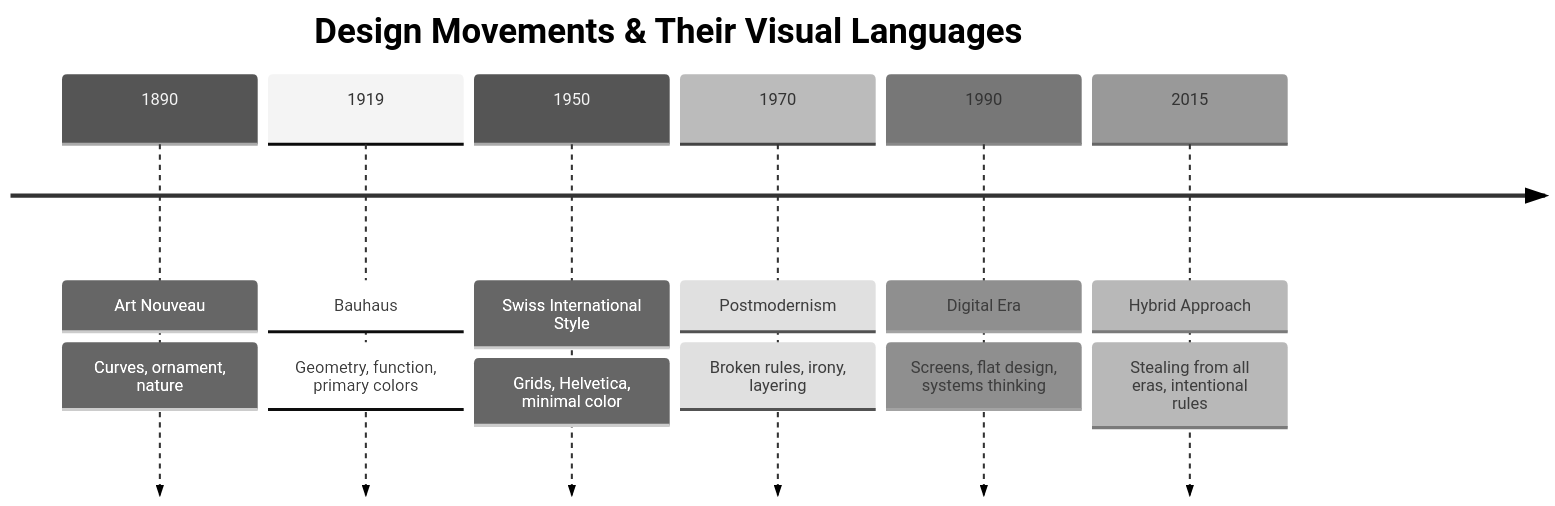
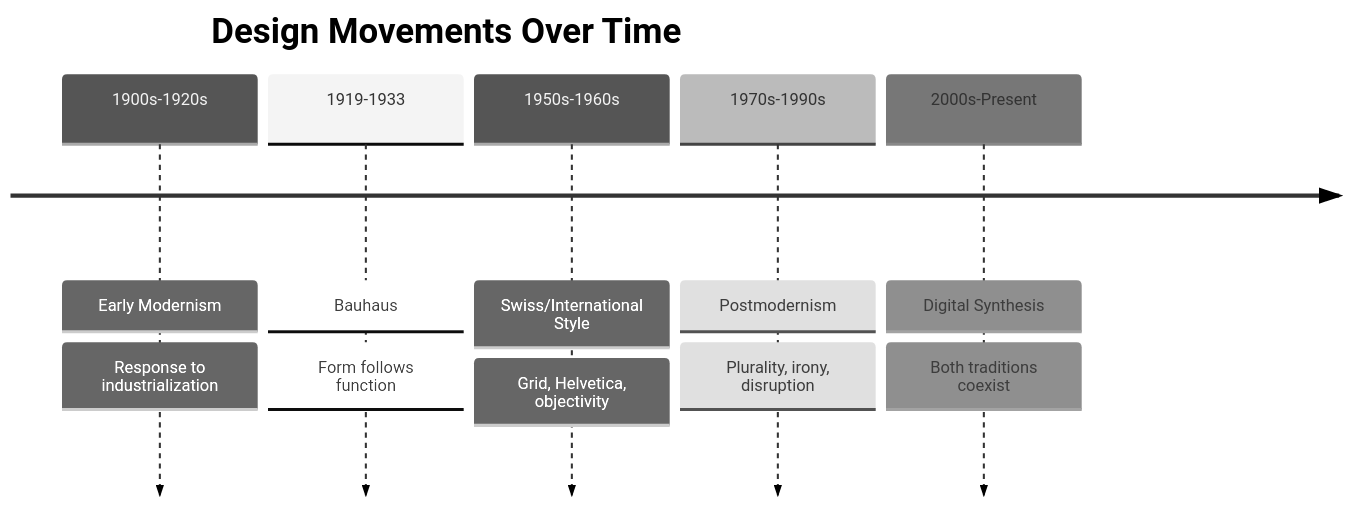
One commit to KonradSikorski5/is117_test_Konrad changed the diagram in book/03-design-language.md. Above: the diagram before and after it, drawn with Mermaid (neutral theme). The commit also changed other lines of this file, not shown here.

Commit message:
Rewrite design language chapter to meet acceptance criteria #3

````diff
--- a/book/03-design-language.md
+++ b/book/03-design-language.md
@@ -135,22 +60,9 @@
 ```mermaid
 timeline
-    title Design Movements & Their Visual Languages
-    
-    1890 : Art Nouveau
-         : Curves, ornament, nature
-    
-    1919 : Bauhaus
-         : Geometry, function, primary colors
-    
-    1950 : Swiss International Style
-         : Grids, Helvetica, minimal color
-    
-    1970 : Postmodernism
-         : Broken rules, irony, layering
-    
-    1990 : Digital Era
-         : Screens, flat design, systems thinking
-    
-    2015 : Hybrid Approach
-         : Stealing from all eras, intentional rules
+    title Design Movements Over Time
+    1900s-1920s : Early Modernism : Response to industrialization
+    1919-1933 : Bauhaus : Form follows function
+    1950s-1960s : Swiss/International Style : Grid, Helvetica, objectivity
+    1970s-1990s : Postmodernism : Plurality, irony, disruption
+    2000s-Present : Digital Synthesis : Both traditions coexist
 ```
````
